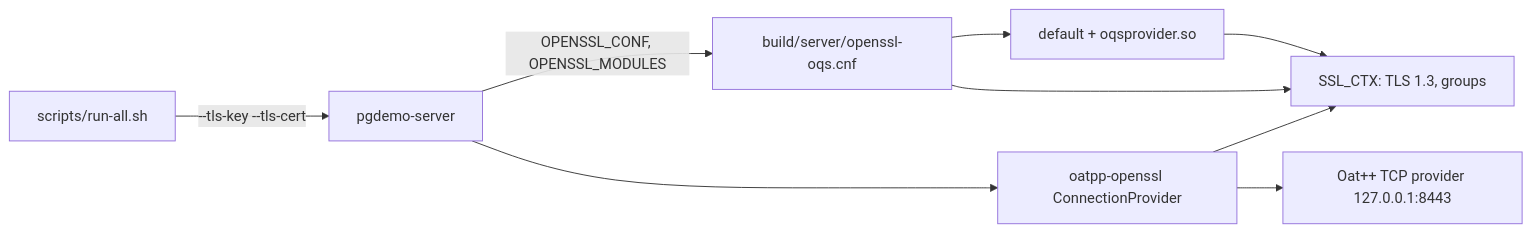
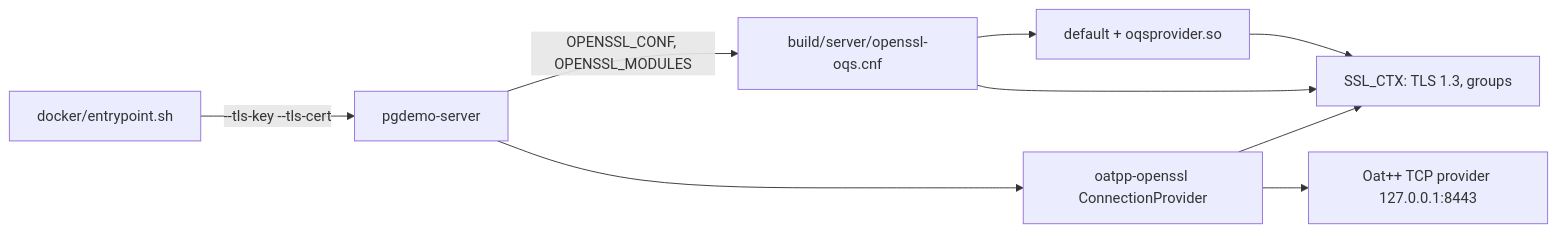
Before and after one commit to jgmatu/postgresql: the diagram in server/README.md, drawn with Mermaid. The commit also changed other lines of this file and 21 other files, not shown here.

````diff
--- a/server/README.md
+++ b/server/README.md
@@ -94,11 +94,11 @@
 ```mermaid
 flowchart LR
-    runAll["scripts/run-all.sh"] -->|"--tls-key --tls-cert"| server["pgdemo-server"]
+    runAll["docker/entrypoint.sh"] -->|"--tls-key --tls-cert"| server["pgdemo-server"]
     server -->|"OPENSSL_CONF, OPENSSL_MODULES"| cnf["build/server/openssl-oqs.cnf"]
     cnf --> providers["default + oqsprovider.so"]
     server --> oatppSsl["oatpp-openssl ConnectionProvider"]
     oatppSsl --> tcp["Oat++ TCP provider 127.0.0.1:8443"]
     oatppSsl --> sslCtx["SSL_CTX: TLS 1.3, groups"]
     cnf --> sslCtx
     providers --> sslCtx
 ```
````
